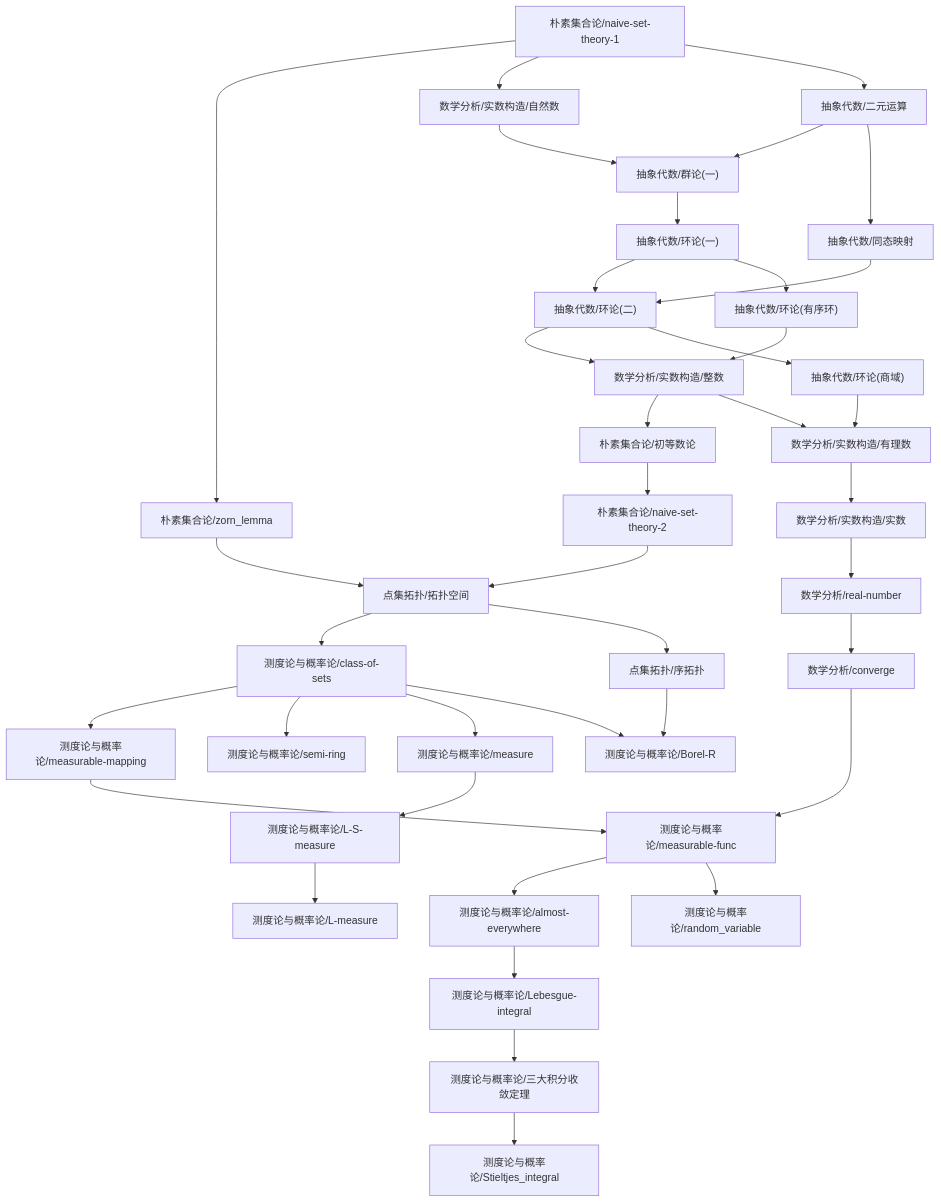
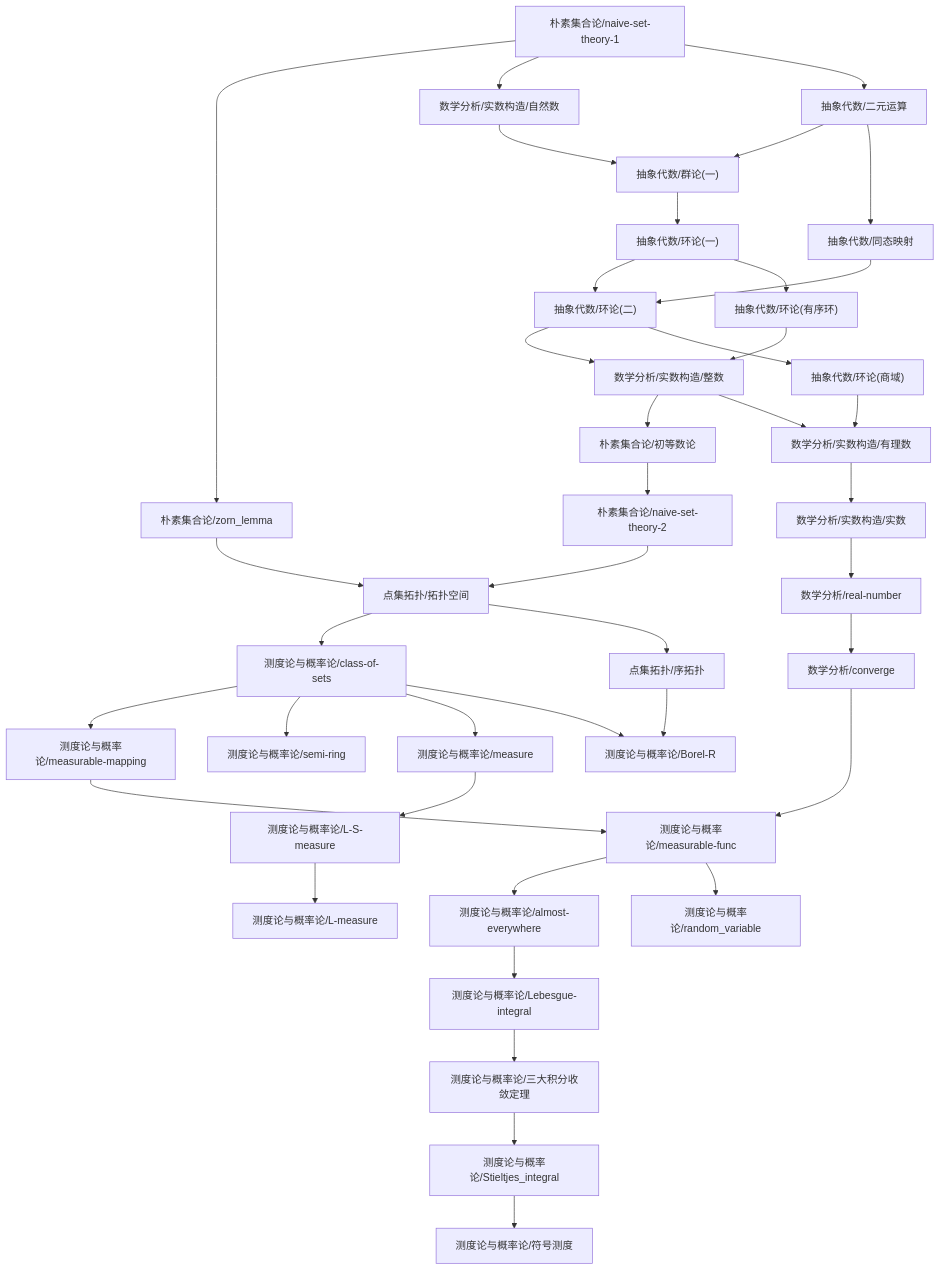
The diagram in content/测度论与概率论/dependency_graph.md (zeroDtree/zeroDtree.github.io), drawn with Mermaid before and after one commit. The commit also changed 14 other files, not shown here.

````diff
--- a/content/测度论与概率论/dependency_graph.md
+++ b/content/测度论与概率论/dependency_graph.md
@@ -1,41 +1,42 @@
 ```mermaid
 graph TD
 1["点集拓扑/拓扑空间"] --> 0["测度论与概率论/class-of-sets"]
 3["测度论与概率论/almost-everywhere"] --> 2["测度论与概率论/Lebesgue-integral"]
-5["测度论与概率论/三大积分收敛定理"] --> 4["测度论与概率论/Stieltjes_integral"]
-0["测度论与概率论/class-of-sets"] --> 6["测度论与概率论/measurable-mapping"]
-8["测度论与概率论/measure"] --> 7["测度论与概率论/L-S-measure"]
-6["测度论与概率论/measurable-mapping"] --> 9["测度论与概率论/measurable-func"]
-10["数学分析/converge"] --> 9["测度论与概率论/measurable-func"]
-0["测度论与概率论/class-of-sets"] --> 11["测度论与概率论/semi-ring"]
-2["测度论与概率论/Lebesgue-integral"] --> 5["测度论与概率论/三大积分收敛定理"]
-9["测度论与概率论/measurable-func"] --> 3["测度论与概率论/almost-everywhere"]
-9["测度论与概率论/measurable-func"] --> 12["测度论与概率论/random_variable"]
-0["测度论与概率论/class-of-sets"] --> 8["测度论与概率论/measure"]
-7["测度论与概率论/L-S-measure"] --> 14["测度论与概率论/L-measure"]
-0["测度论与概率论/class-of-sets"] --> 15["测度论与概率论/Borel-R"]
-16["点集拓扑/序拓扑"] --> 15["测度论与概率论/Borel-R"]
-1["点集拓扑/拓扑空间"] --> 16["点集拓扑/序拓扑"]
-17["朴素集合论/naive-set-theory-2"] --> 1["点集拓扑/拓扑空间"]
-18["朴素集合论/zorn_lemma"] --> 1["点集拓扑/拓扑空间"]
-19["朴素集合论/初等数论"] --> 17["朴素集合论/naive-set-theory-2"]
-20["朴素集合论/naive-set-theory-1"] --> 18["朴素集合论/zorn_lemma"]
-21["数学分析/实数构造/整数"] --> 19["朴素集合论/初等数论"]
-22["抽象代数/环论(二)"] --> 21["数学分析/实数构造/整数"]
-23["抽象代数/环论(有序环)"] --> 21["数学分析/实数构造/整数"]
-24["抽象代数/环论(一)"] --> 22["抽象代数/环论(二)"]
-25["抽象代数/同态映射"] --> 22["抽象代数/环论(二)"]
-24["抽象代数/环论(一)"] --> 23["抽象代数/环论(有序环)"]
-26["抽象代数/群论(一)"] --> 24["抽象代数/环论(一)"]
-27["数学分析/实数构造/自然数"] --> 26["抽象代数/群论(一)"]
-28["抽象代数/二元运算"] --> 26["抽象代数/群论(一)"]
-20["朴素集合论/naive-set-theory-1"] --> 27["数学分析/实数构造/自然数"]
-20["朴素集合论/naive-set-theory-1"] --> 28["抽象代数/二元运算"]
-28["抽象代数/二元运算"] --> 25["抽象代数/同态映射"]
-29["数学分析/real-number"] --> 10["数学分析/converge"]
-30["数学分析/实数构造/实数"] --> 29["数学分析/real-number"]
-31["数学分析/实数构造/有理数"] --> 30["数学分析/实数构造/实数"]
-21["数学分析/实数构造/整数"] --> 31["数学分析/实数构造/有理数"]
-32["抽象代数/环论(商域)"] --> 31["数学分析/实数构造/有理数"]
-22["抽象代数/环论(二)"] --> 32["抽象代数/环论(商域)"]
+5["测度论与概率论/Stieltjes_integral"] --> 4["测度论与概率论/符号测度"]
+6["测度论与概率论/三大积分收敛定理"] --> 5["测度论与概率论/Stieltjes_integral"]
+0["测度论与概率论/class-of-sets"] --> 7["测度论与概率论/measurable-mapping"]
+9["测度论与概率论/measure"] --> 8["测度论与概率论/L-S-measure"]
+7["测度论与概率论/measurable-mapping"] --> 10["测度论与概率论/measurable-func"]
+11["数学分析/converge"] --> 10["测度论与概率论/measurable-func"]
+0["测度论与概率论/class-of-sets"] --> 12["测度论与概率论/semi-ring"]
+2["测度论与概率论/Lebesgue-integral"] --> 6["测度论与概率论/三大积分收敛定理"]
+10["测度论与概率论/measurable-func"] --> 3["测度论与概率论/almost-everywhere"]
+10["测度论与概率论/measurable-func"] --> 13["测度论与概率论/random_variable"]
+0["测度论与概率论/class-of-sets"] --> 9["测度论与概率论/measure"]
+8["测度论与概率论/L-S-measure"] --> 15["测度论与概率论/L-measure"]
+0["测度论与概率论/class-of-sets"] --> 16["测度论与概率论/Borel-R"]
+17["点集拓扑/序拓扑"] --> 16["测度论与概率论/Borel-R"]
+1["点集拓扑/拓扑空间"] --> 17["点集拓扑/序拓扑"]
+18["朴素集合论/naive-set-theory-2"] --> 1["点集拓扑/拓扑空间"]
+19["朴素集合论/zorn_lemma"] --> 1["点集拓扑/拓扑空间"]
+20["朴素集合论/初等数论"] --> 18["朴素集合论/naive-set-theory-2"]
+21["朴素集合论/naive-set-theory-1"] --> 19["朴素集合论/zorn_lemma"]
+22["数学分析/实数构造/整数"] --> 20["朴素集合论/初等数论"]
+23["抽象代数/环论(二)"] --> 22["数学分析/实数构造/整数"]
+24["抽象代数/环论(有序环)"] --> 22["数学分析/实数构造/整数"]
+25["抽象代数/环论(一)"] --> 23["抽象代数/环论(二)"]
+26["抽象代数/同态映射"] --> 23["抽象代数/环论(二)"]
+25["抽象代数/环论(一)"] --> 24["抽象代数/环论(有序环)"]
+27["抽象代数/群论(一)"] --> 25["抽象代数/环论(一)"]
+28["数学分析/实数构造/自然数"] --> 27["抽象代数/群论(一)"]
+29["抽象代数/二元运算"] --> 27["抽象代数/群论(一)"]
+21["朴素集合论/naive-set-theory-1"] --> 28["数学分析/实数构造/自然数"]
+21["朴素集合论/naive-set-theory-1"] --> 29["抽象代数/二元运算"]
+29["抽象代数/二元运算"] --> 26["抽象代数/同态映射"]
+30["数学分析/real-number"] --> 11["数学分析/converge"]
+31["数学分析/实数构造/实数"] --> 30["数学分析/real-number"]
+32["数学分析/实数构造/有理数"] --> 31["数学分析/实数构造/实数"]
+22["数学分析/实数构造/整数"] --> 32["数学分析/实数构造/有理数"]
+33["抽象代数/环论(商域)"] --> 32["数学分析/实数构造/有理数"]
+23["抽象代数/环论(二)"] --> 33["抽象代数/环论(商域)"]
 ```
````
